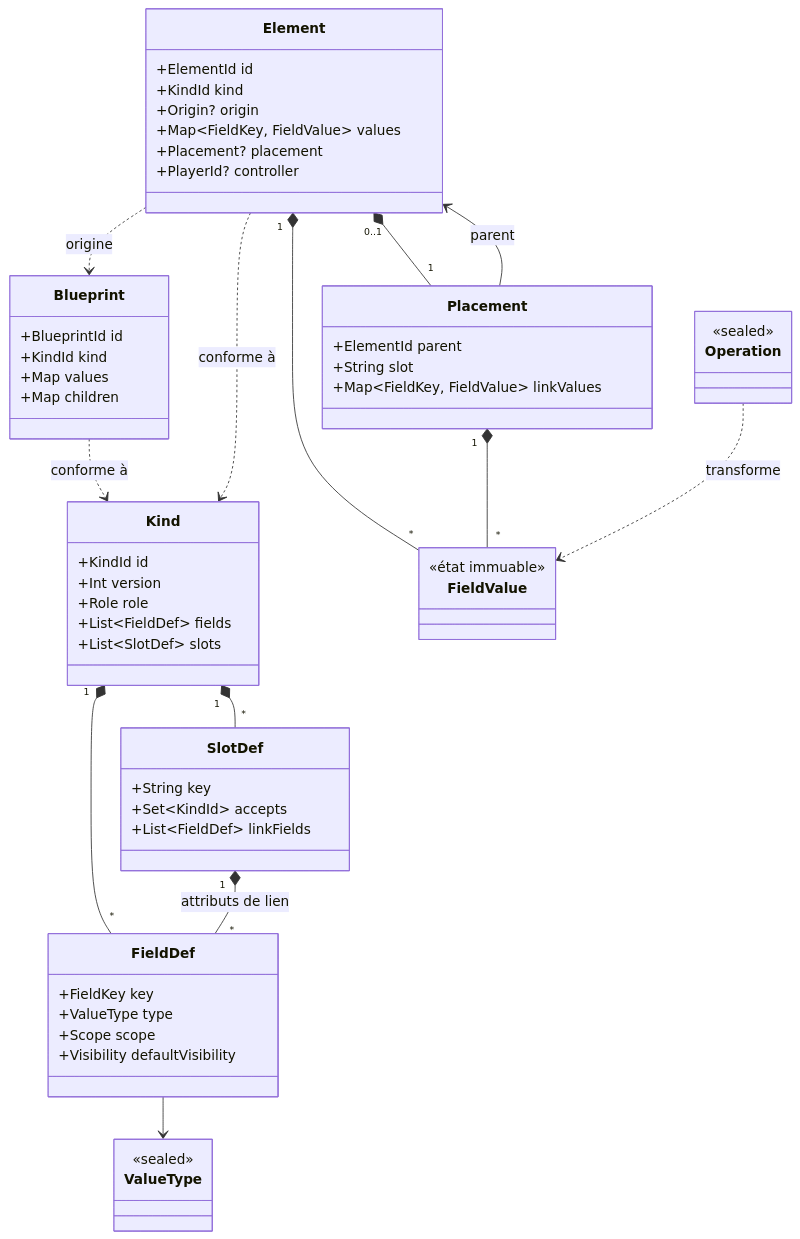
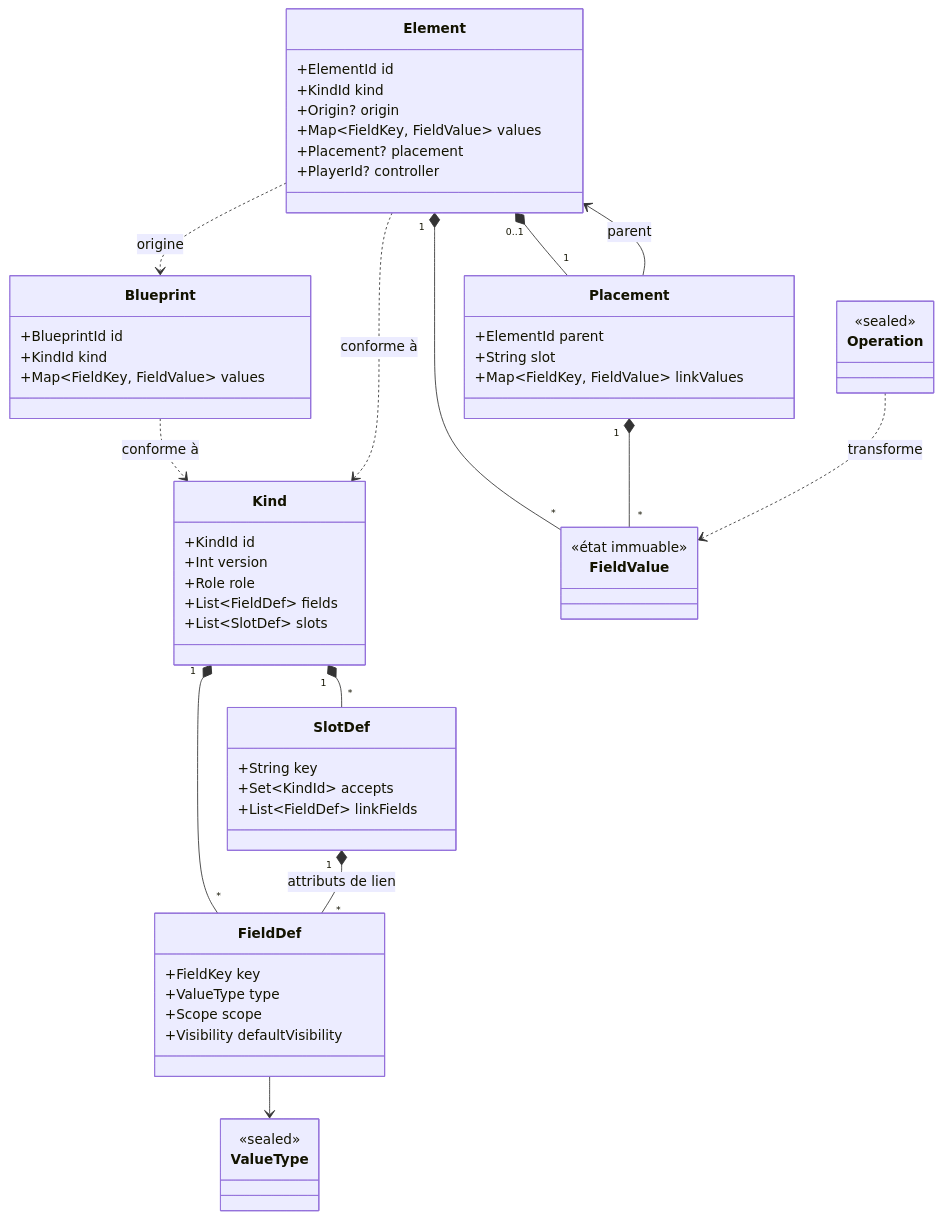
The third of 6 diagrams in docs/conception-core.md (Esteban-DA-COSTA/RpgAssistant), drawn with Mermaid before and after one commit. The commit also changed other lines of this file and 3 other files, not shown here.

````diff
--- a/docs/conception-core.md
+++ b/docs/conception-core.md
@@ -150,62 +151,61 @@
 ```mermaid
 classDiagram
     class Kind {
         +KindId id
         +Int version
         +Role role
         +List~FieldDef~ fields
         +List~SlotDef~ slots
     }
     class FieldDef {
         +FieldKey key
         +ValueType type
         +Scope scope
         +Visibility defaultVisibility
     }
     class SlotDef {
         +String key
         +Set~KindId~ accepts
         +List~FieldDef~ linkFields
     }
     class ValueType {
         <<sealed>>
     }
     class FieldValue {
         <<état immuable>>
     }
     class Blueprint {
         +BlueprintId id
         +KindId kind
-        +Map values
-        +Map children
+        +Map~FieldKey, FieldValue~ values
     }
     class Element {
         +ElementId id
         +KindId kind
         +Origin? origin
         +Map~FieldKey, FieldValue~ values
         +Placement? placement
         +PlayerId? controller
     }
     class Placement {
         +ElementId parent
         +String slot
         +Map~FieldKey, FieldValue~ linkValues
     }
     class Operation {
         <<sealed>>
     }
 
     Kind "1" *-- "*" FieldDef
     Kind "1" *-- "*" SlotDef
     SlotDef "1" *-- "*" FieldDef : attributs de lien
     FieldDef --> ValueType
     Blueprint ..> Kind : conforme à
     Element ..> Kind : conforme à
     Element ..> Blueprint : origine
     Element "1" *-- "*" FieldValue
     Element "0..1" *-- "1" Placement
     Placement "1" *-- "*" FieldValue
     Placement --> Element : parent
     Operation ..> FieldValue : transforme
 ```
````
